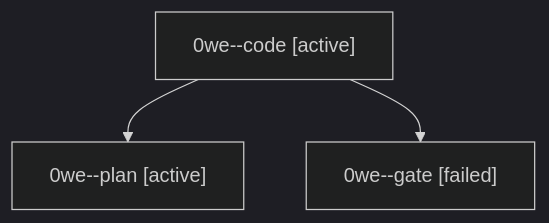
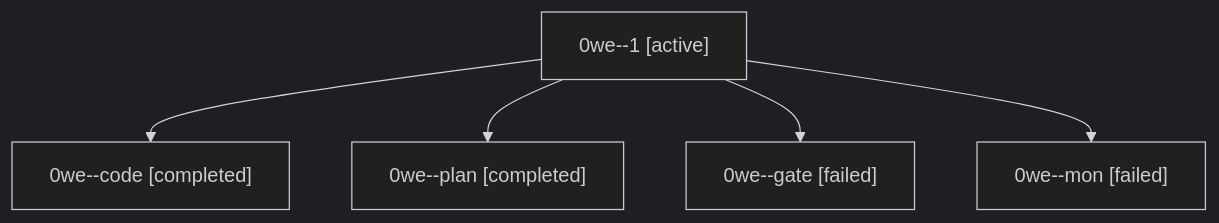
One commit to bobs-org/bob-cli--agents changed the diagram in sessions/bbugyi200.athena.0we.md. Above: the diagram before and after it, drawn with Mermaid (dark theme). The commit also changed other lines of this file and 25 other files, not shown here.

````diff
--- a/sessions/bbugyi200.athena.0we.md
+++ b/sessions/bbugyi200.athena.0we.md
@@ -9,8 +9,12 @@
 ```mermaid
 flowchart TD
-  n0["0we--code [active]"]
-  n1["0we--plan [active]"]
+  n0["0we--1 [active]"]
+  n1["0we--code [completed]"]
   n0 --> n1
-  n2["0we--gate [failed]"]
+  n2["0we--plan [completed]"]
   n0 --> n2
+  n3["0we--gate [failed]"]
+  n0 --> n3
+  n4["0we--mon [failed]"]
+  n0 --> n4
 ```
````
